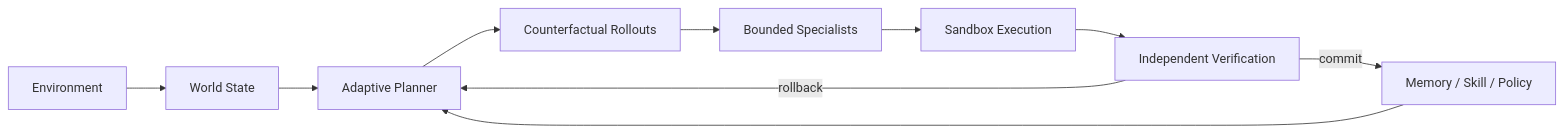
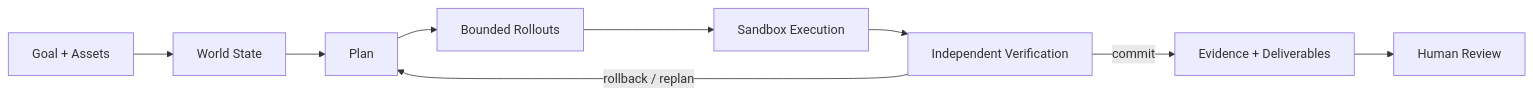
Before and after one commit to jiaweine/lingjing-game-studio: the diagram in README.md, drawn with Mermaid. The commit also changed other lines of this file, not shown here.

````diff
--- a/README.md
+++ b/README.md
@@ -168,12 +117,11 @@
 ```mermaid
 flowchart LR
-    A[Environment] --> B[World State]
-    B --> C[Adaptive Planner]
-    C --> D[Counterfactual Rollouts]
-    D --> E[Bounded Specialists]
-    E --> F[Sandbox Execution]
-    F --> G[Independent Verification]
-    G -->|commit| H[Memory / Skill / Policy]
-    G -->|rollback| C
-    H --> C
+    A[Goal + Assets] --> B[World State]
+    B --> C[Plan]
+    C --> D[Bounded Rollouts]
+    D --> E[Sandbox Execution]
+    E --> F[Independent Verification]
+    F -->|commit| G[Evidence + Deliverables]
+    F -->|rollback / replan| C
+    G --> H[Human Review]
 ```
````
